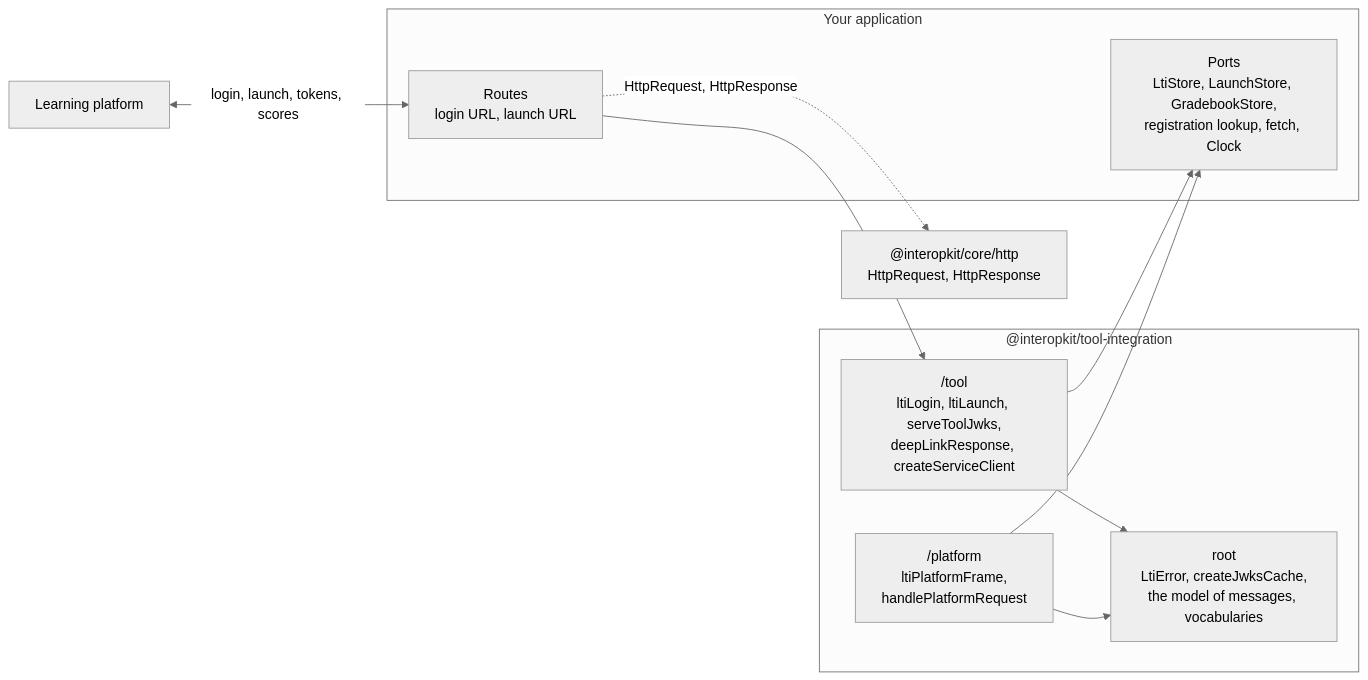
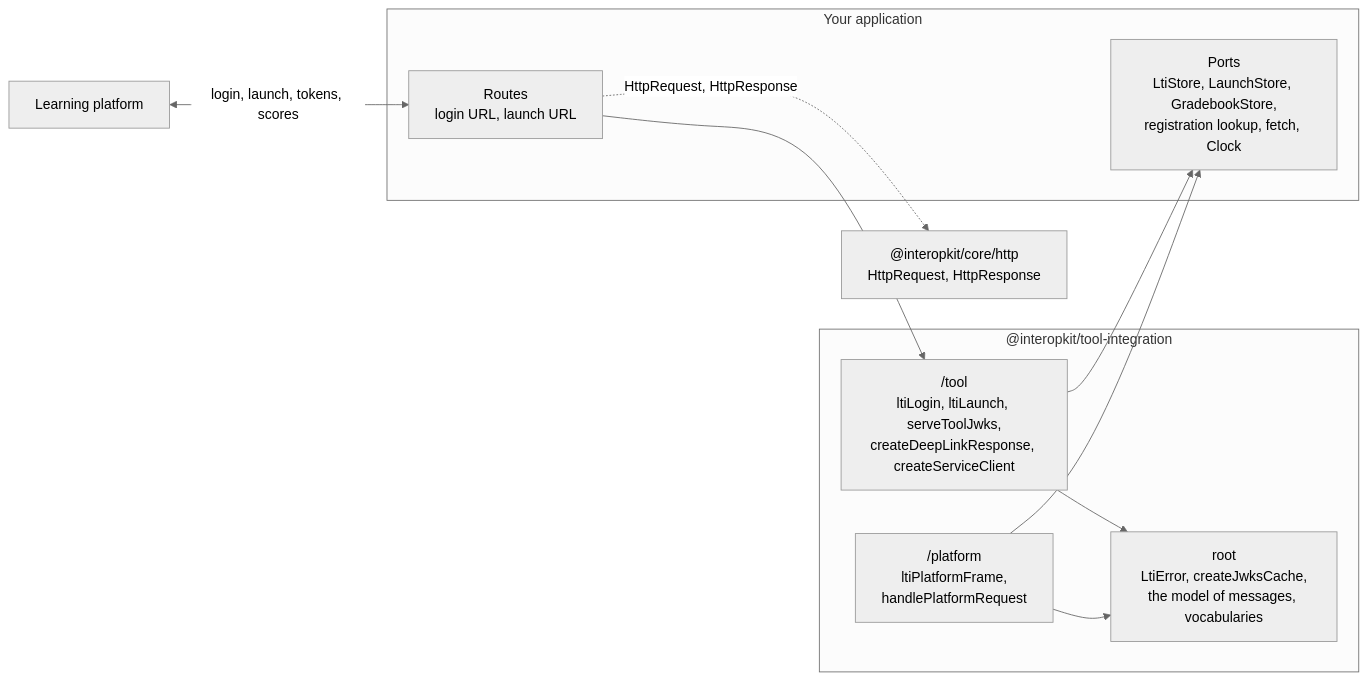
The diagram in packages/tool-integration/README.md (interopkit/interopkit), drawn with Mermaid (neutral theme) before and after one commit. The commit also changed other lines of this file and 45 other files, not shown here.

````diff
--- a/packages/tool-integration/README.md
+++ b/packages/tool-integration/README.md
@@ -12,21 +12,21 @@
 ```mermaid
 flowchart LR
   platform["Learning platform"]
   subgraph host["Your application"]
     routes["Routes<br/>login URL, launch URL"]
     ports["Ports<br/>LtiStore, LaunchStore, GradebookStore,<br/>registration lookup, fetch, Clock"]
   end
   subgraph pkg["@interopkit/tool-integration"]
-    tool["/tool<br/>ltiLogin, ltiLaunch, serveToolJwks,<br/>deepLinkResponse, createServiceClient"]
+    tool["/tool<br/>ltiLogin, ltiLaunch, serveToolJwks,<br/>createDeepLinkResponse, createServiceClient"]
     platformRole["/platform<br/>ltiPlatformFrame,<br/>handlePlatformRequest"]
     root["root<br/>LtiError, createJwksCache,<br/>the model of messages, vocabularies"]
   end
   http["@interopkit/core/http<br/>HttpRequest, HttpResponse"]
   platform <-->|"login, launch, tokens, scores"| routes
   routes --> tool
   routes -.->|"HttpRequest, HttpResponse"| http
   tool --> ports
   platformRole --> ports
   tool --> root
   platformRole --> root
 ```
````
